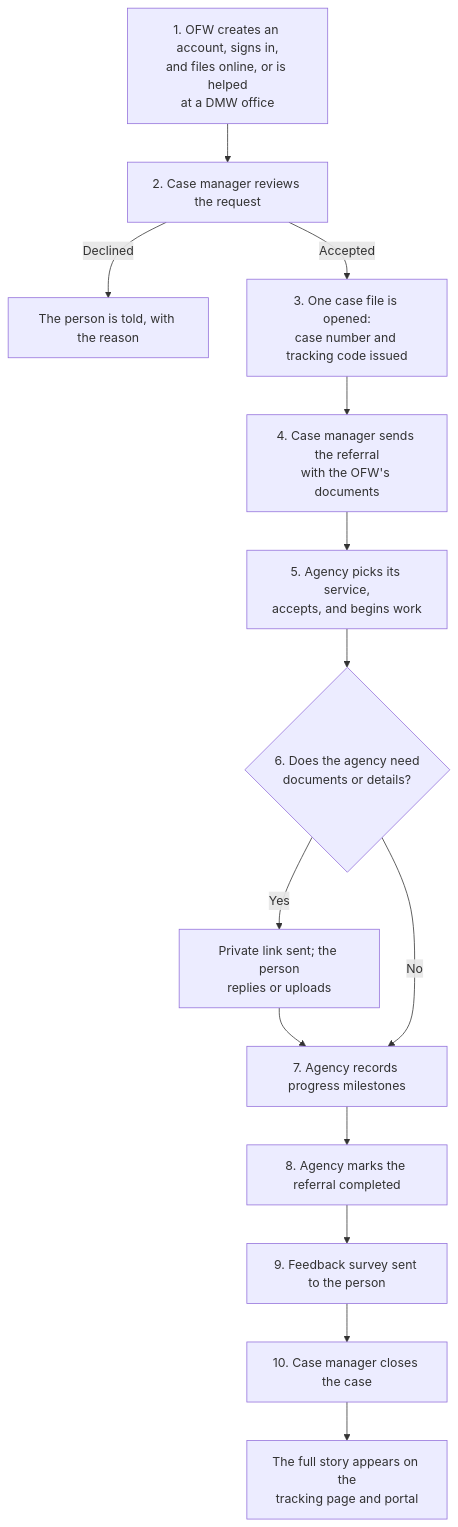
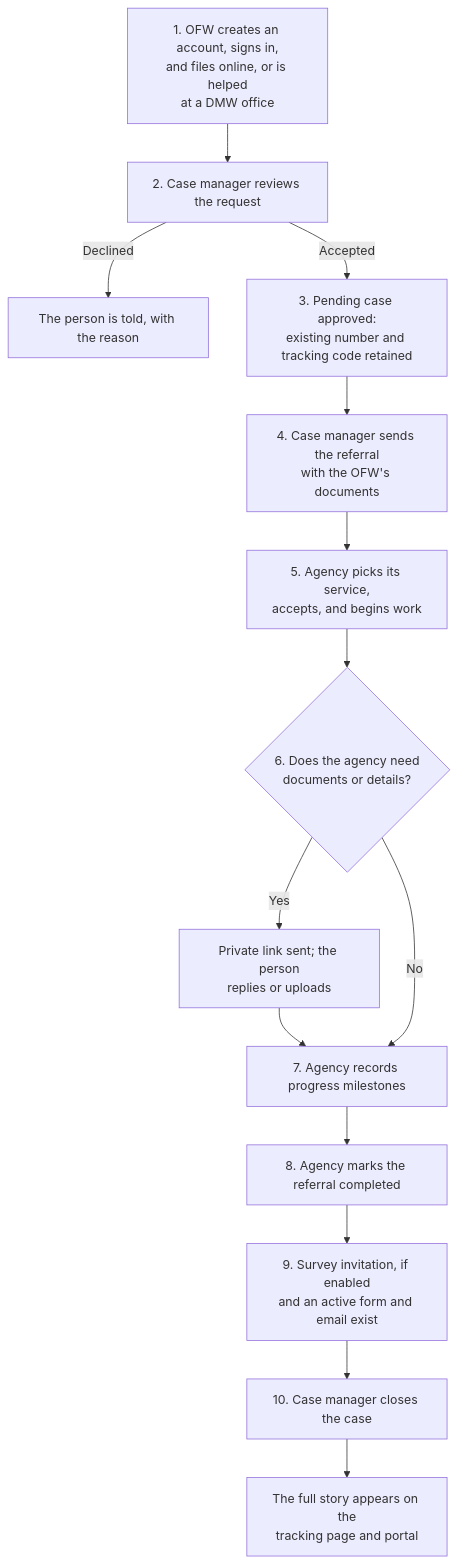
One commit to baphus/one-window-bayanihan changed the fourth of 4 diagrams in docs/system-analysis-and-design/03-system-flow-and-architecture.md. Above: the diagram before and after it, drawn with Mermaid. The commit also changed other lines of this file and 124 other files, not shown here.

````diff
--- a/docs/system-analysis-and-design/03-system-flow-and-architecture.md
+++ b/docs/system-analysis-and-design/03-system-flow-and-architecture.md
@@ -233,16 +233,16 @@
 ```mermaid
 flowchart TD
     A["1. OFW creates an account, signs in,<br/>and files online, or is helped<br/>at a DMW office"] --> B["2. Case manager reviews the request"]
     B -->|"Declined"| B1["The person is told, with the reason"]
-    B -->|"Accepted"| C["3. One case file is opened:<br/>case number and tracking code issued"]
+    B -->|"Accepted"| C["3. Pending case approved:<br/>existing number and tracking code retained"]
     C --> D["4. Case manager sends the referral<br/>with the OFW's documents"]
     D --> E["5. Agency picks its service,<br/>accepts, and begins work"]
     E --> F{"6. Does the agency need<br/>documents or details?"}
     F -->|"Yes"| G["Private link sent; the person<br/>replies or uploads"]
     G --> H["7. Agency records progress milestones"]
     F -->|"No"| H
     H --> I["8. Agency marks the referral completed"]
-    I --> J["9. Feedback survey sent to the person"]
+    I --> J["9. Survey invitation, if enabled<br/>and an active form and email exist"]
     J --> K["10. Case manager closes the case"]
     K --> L["The full story appears on the<br/>tracking page and portal"]
 ```
````
